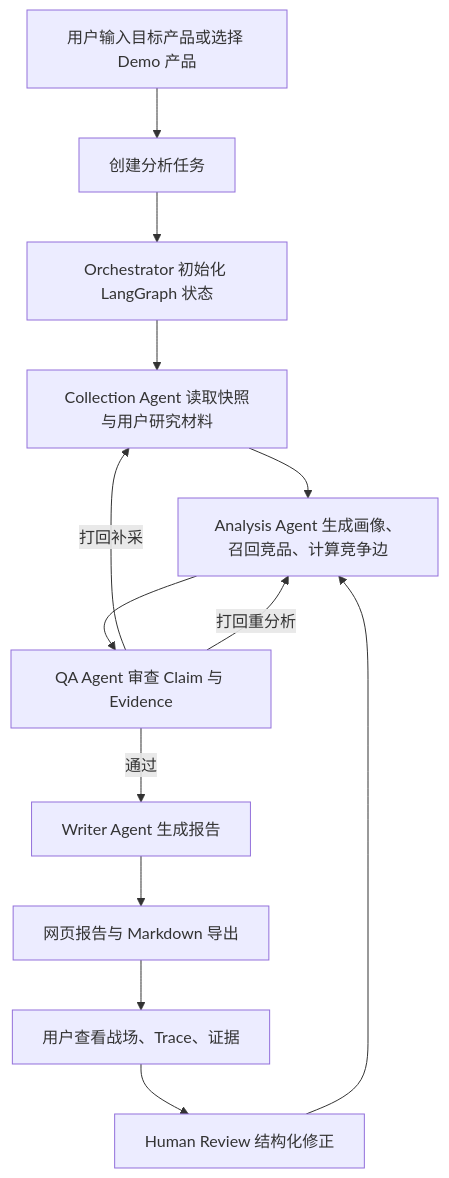
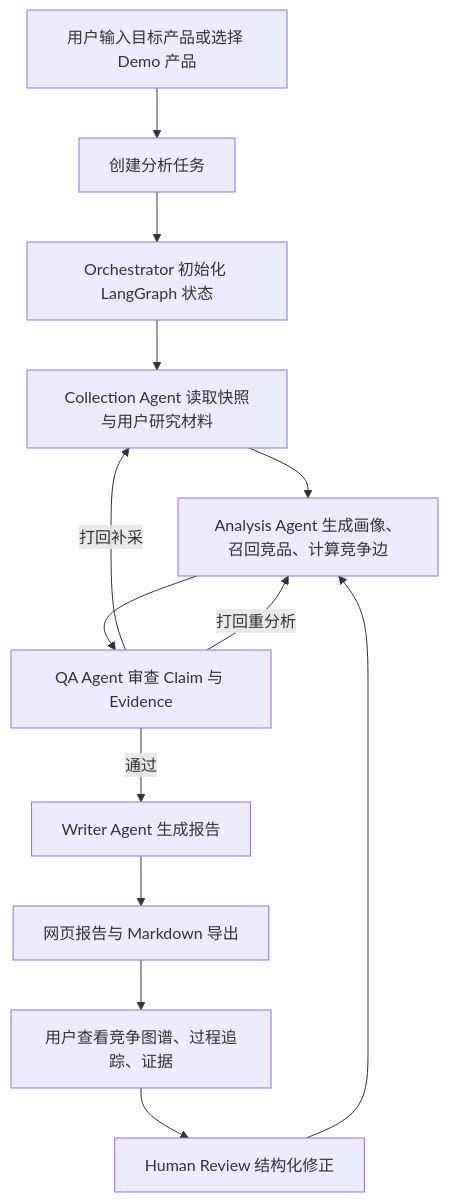
One commit to Moonsqueaks/CompeteX-Agent changed the first of 2 diagrams in memory-bank/design-document.md. Above: the diagram before and after it, drawn with Mermaid. The commit also changed other lines of this file and 72 other files, not shown here.

Commit message:
Implement MVP workflow and frontend demo flow

````diff
--- a/memory-bank/design-document.md
+++ b/memory-bank/design-document.md
@@ -86,15 +86,15 @@
 ```mermaid
 flowchart TD
     A["用户输入目标产品或选择 Demo 产品"] --> B["创建分析任务"]
     B --> C["Orchestrator 初始化 LangGraph 状态"]
     C --> D["Collection Agent 读取快照与用户研究材料"]
     D --> E["Analysis Agent 生成画像、召回竞品、计算竞争边"]
     E --> F["QA Agent 审查 Claim 与 Evidence"]
     F -->|通过| G["Writer Agent 生成报告"]
     F -->|打回补采| D
     F -->|打回重分析| E
     G --> H["网页报告与 Markdown 导出"]
-    H --> I["用户查看战场、Trace、证据"]
+    H --> I["用户查看竞争图谱、过程追踪、证据"]
     I --> J["Human Review 结构化修正"]
     J --> E
 ```
````
